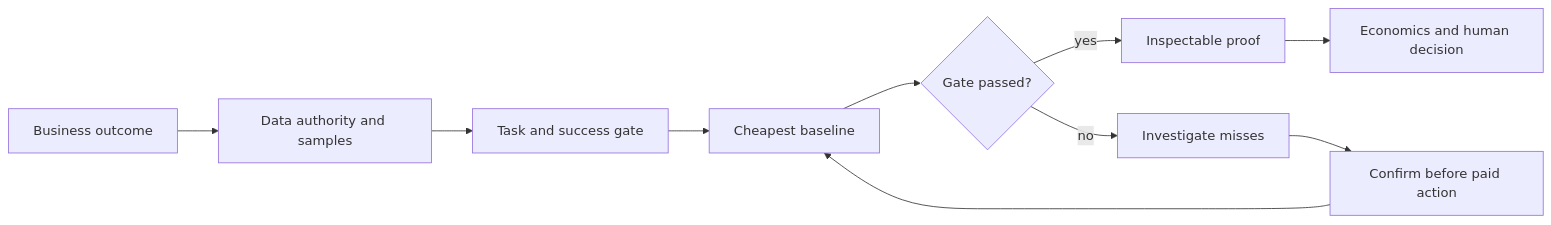
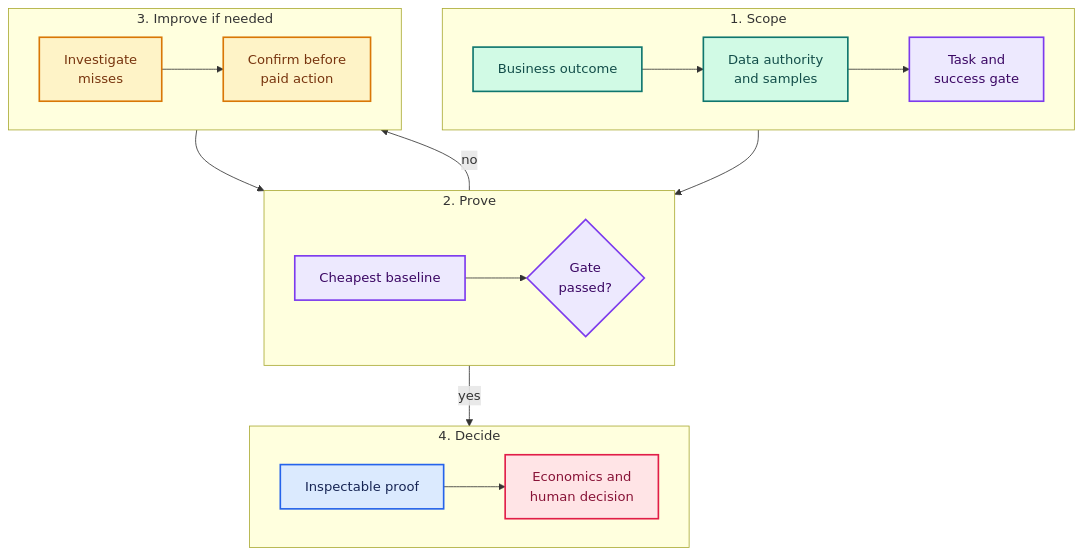
Before and after one commit to Borda/vision-delivery: the diagram in README.md, drawn with Mermaid. The commit also changed other lines of this file, not shown here.

Commit message:
docs(readme): improve delivery-loop readability
- Reorganize the delivery-loop Mermaid chart into four compact stages, eliminating the long flat layout that reduced label readability.
- Color-code business inputs, Sentinel workflow, improvement steps, evidence, and the human decision so readers can scan each responsibility at a glance.
- Add restrained emoji wayfinding to major sections, support tiers, install routes, and the issue call-to-action without replacing technical content with decoration.
- Preserve the existing evidence, safety, installation, and contribution boundaries while making the README easier to navigate.

---

````diff
--- a/README.md
+++ b/README.md
@@ -59,12 +59,40 @@
 ```mermaid
-flowchart LR
-    A[Business outcome] --> B[Data authority and samples]
-    B --> C[Task and success gate]
-    C --> D[Cheapest baseline]
-    D --> E{Gate passed?}
-    E -->|yes| F[Inspectable proof]
-    E -->|no| G[Investigate misses]
-    G --> H[Confirm before paid action]
+flowchart TB
+    subgraph SCOPE[1. Scope]
+        direction LR
+        A[Business outcome] --> B[Data authority<br/>and samples]
+        B --> C[Task and<br/>success gate]
+    end
+
+    subgraph PROVE[2. Prove]
+        direction LR
+        D[Cheapest baseline] --> E{Gate<br/>passed?}
+    end
+
+    subgraph IMPROVE[3. Improve if needed]
+        direction LR
+        G[Investigate<br/>misses] --> H[Confirm before<br/>paid action]
+    end
+
+    subgraph DECIDE[4. Decide]
+        direction LR
+        F[Inspectable proof] --> I[Economics and<br/>human decision]
+    end
+
+    C --> D
+    E -->|yes| F
+    E -->|no| G
     H --> D
-    F --> I[Economics and human decision]
+
+    classDef user fill:#D1FAE5,stroke:#0F766E,color:#134E4A,stroke-width:2px;
+    classDef sentinel fill:#EDE9FE,stroke:#7C3AED,color:#3B0764,stroke-width:2px;
+    classDef improve fill:#FEF3C7,stroke:#D97706,color:#78350F,stroke-width:2px;
+    classDef evidence fill:#DBEAFE,stroke:#2563EB,color:#172554,stroke-width:2px;
+    classDef decision fill:#FFE4E6,stroke:#E11D48,color:#881337,stroke-width:2px;
+
+    class A,B user;
+    class C,D,E sentinel;
+    class G,H improve;
+    class F evidence;
+    class I decision;
 ```
````
